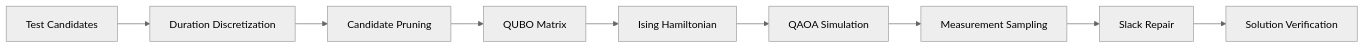
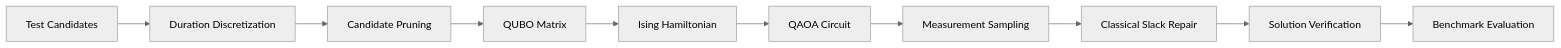
One commit to karthikkb0580-cmd/Quant-CI changed the third of 4 diagrams in README.md. Above: the diagram before and after it, drawn with Mermaid (neutral theme). The commit also changed other lines of this file and 6 other files, not shown here.

````diff
--- a/README.md
+++ b/README.md
@@ -179,11 +427,12 @@
 ```mermaid
 flowchart LR
     A[Test Candidates] --> B[Duration Discretization]
     B --> C[Candidate Pruning]
     C --> D[QUBO Matrix]
     D --> E[Ising Hamiltonian]
-    E --> F[QAOA Simulation]
+    E --> F[QAOA Circuit]
     F --> G[Measurement Sampling]
-    G --> H[Slack Repair]
+    G --> H[Classical Slack Repair]
     H --> I[Solution Verification]
+    I --> J[Benchmark Evaluation]
 ```
````
